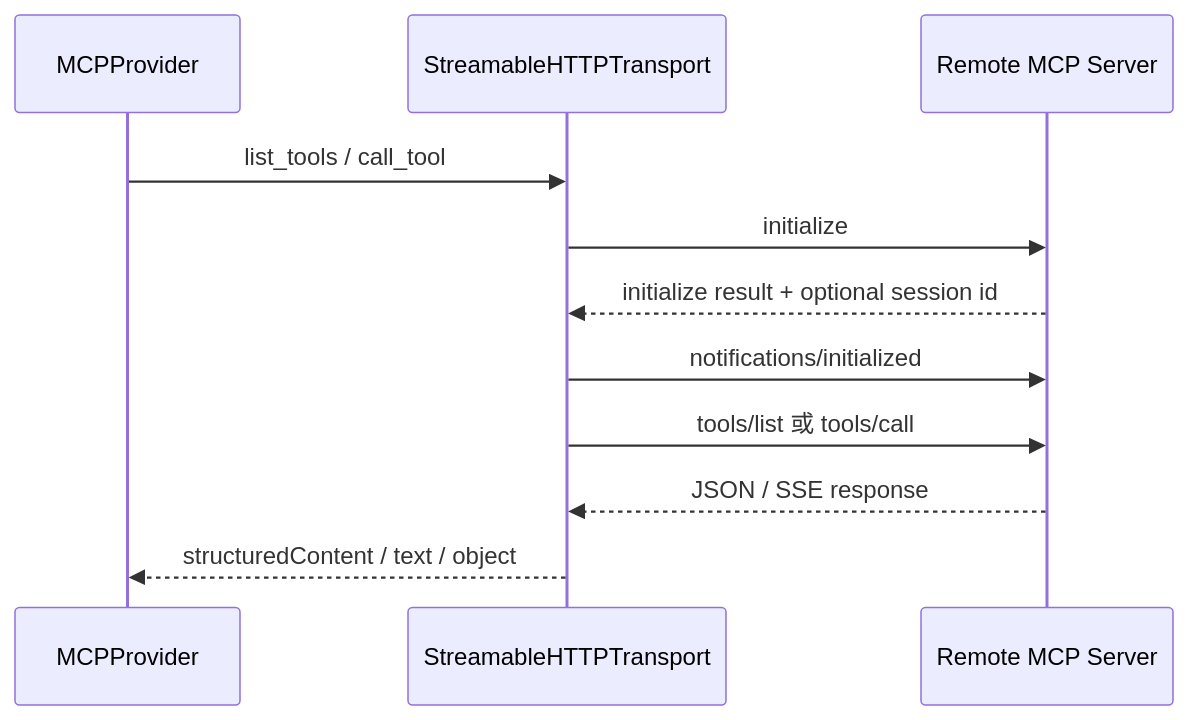
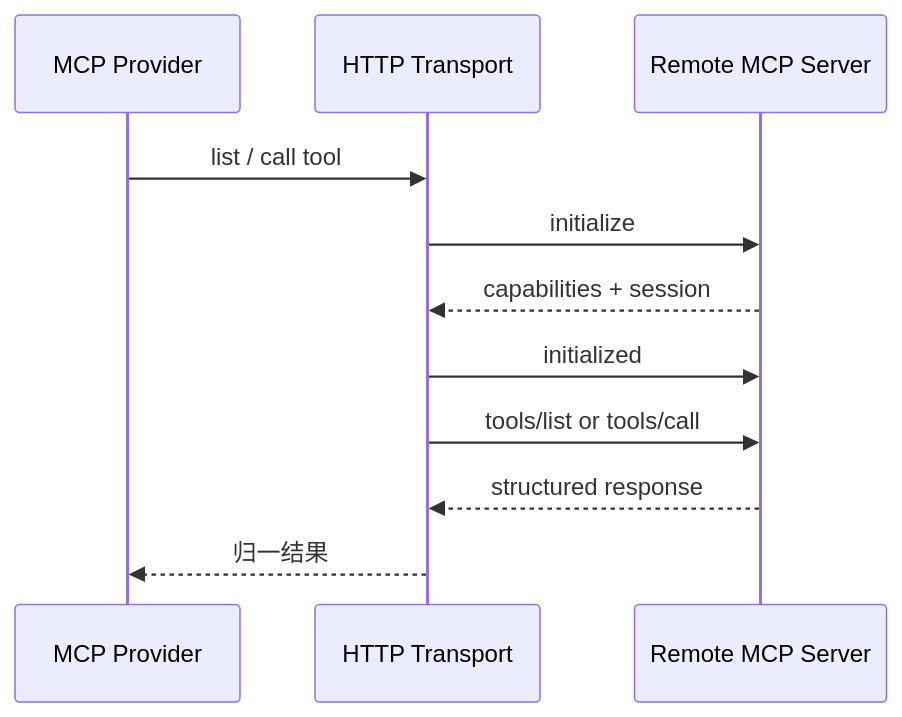
Diagram 13 of 15 in docs/05-capability-and-tool-system.md (Arthur999459up/GitAgent), drawn with Mermaid before and after one commit. The commit also changed other lines of this file and 15 other files, not shown here.

````diff
--- a/docs/05-capability-and-tool-system.md
+++ b/docs/05-capability-and-tool-system.md
@@ -697,14 +347,14 @@
 ```mermaid
 sequenceDiagram
-    participant P as MCPProvider
-    participant T as StreamableHTTPTransport
+    participant P as MCP Provider
+    participant T as HTTP Transport
     participant S as Remote MCP Server
 
-    P->>T: list_tools / call_tool
+    P->>T: list / call tool
     T->>S: initialize
-    S-->>T: initialize result + optional session id
-    T->>S: notifications/initialized
-    T->>S: tools/list 或 tools/call
-    S-->>T: JSON / SSE response
-    T-->>P: structuredContent / text / object
+    S-->>T: capabilities + session
+    T->>S: initialized
+    T->>S: tools/list or tools/call
+    S-->>T: structured response
+    T-->>P: 归一结果
 ```
````
